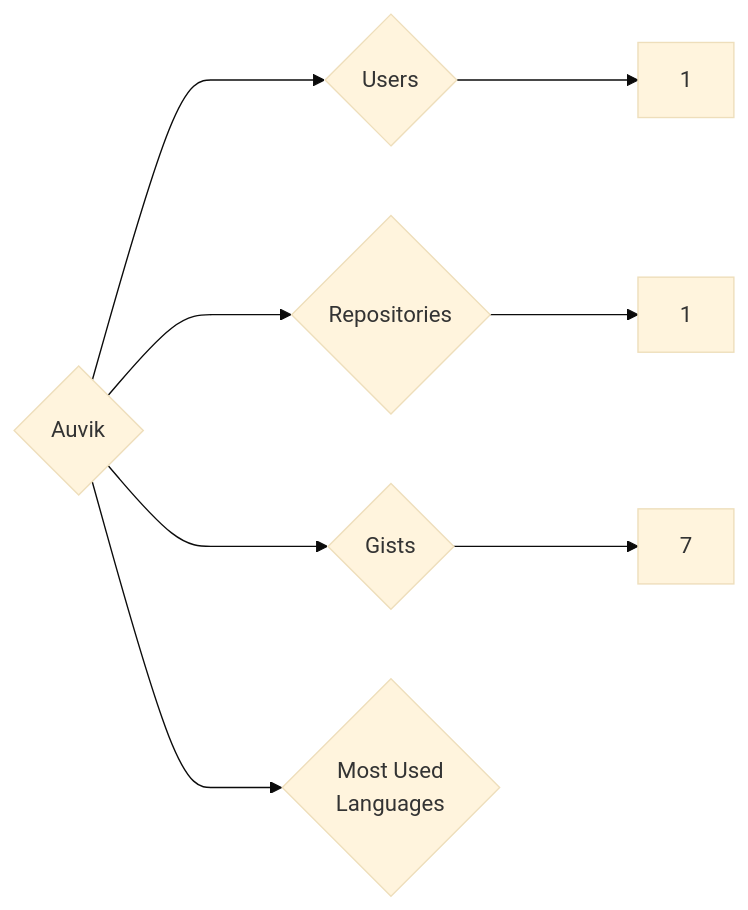
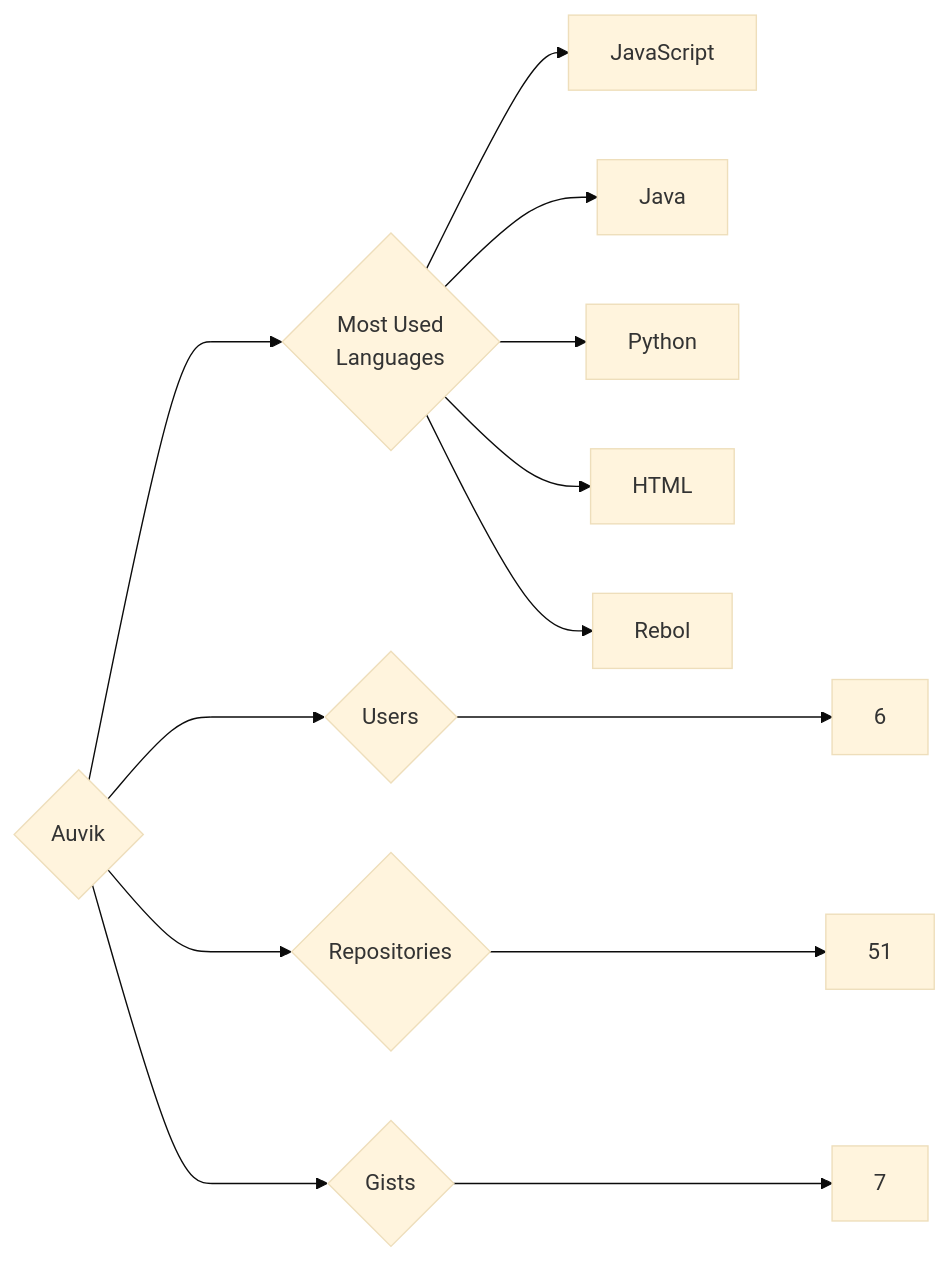
The diagram in targets/Auvik/README.md (trickest/insiders), drawn with Mermaid (base theme) before and after one commit. The commit also changed 899 other files, not shown here.

````diff
--- a/targets/Auvik/README.md
+++ b/targets/Auvik/README.md
@@ -3,8 +3,13 @@
 ```mermaid
 graph LR
 COMPANY_NAME{Auvik}
-COMPANY_NAME ---> U{Users} ---> UN[1]
-COMPANY_NAME ---> R{Repositories} ---> RN[1]
+COMPANY_NAME ---> U{Users} ---> UN[6]
+COMPANY_NAME ---> R{Repositories} ---> RN[51]
 COMPANY_NAME ---> G{Gists} ---> GN[7]
 COMPANY_NAME ---> ML{Most Used<br>Languages}
+ML --> JavaScript[JavaScript]
+ML --> Java[Java]
+ML --> Python[Python]
+ML --> HTML[HTML]
+ML --> Rebol[Rebol]
 ```
````
